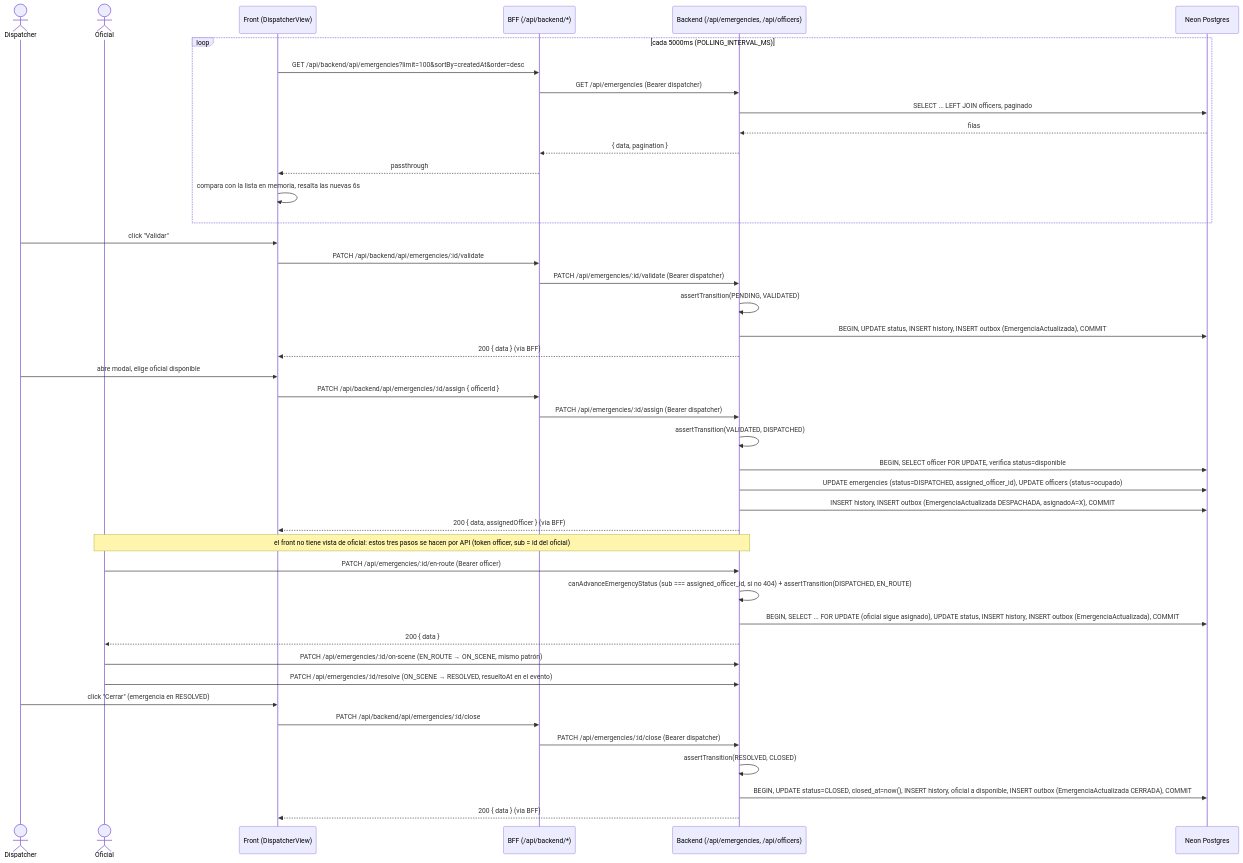
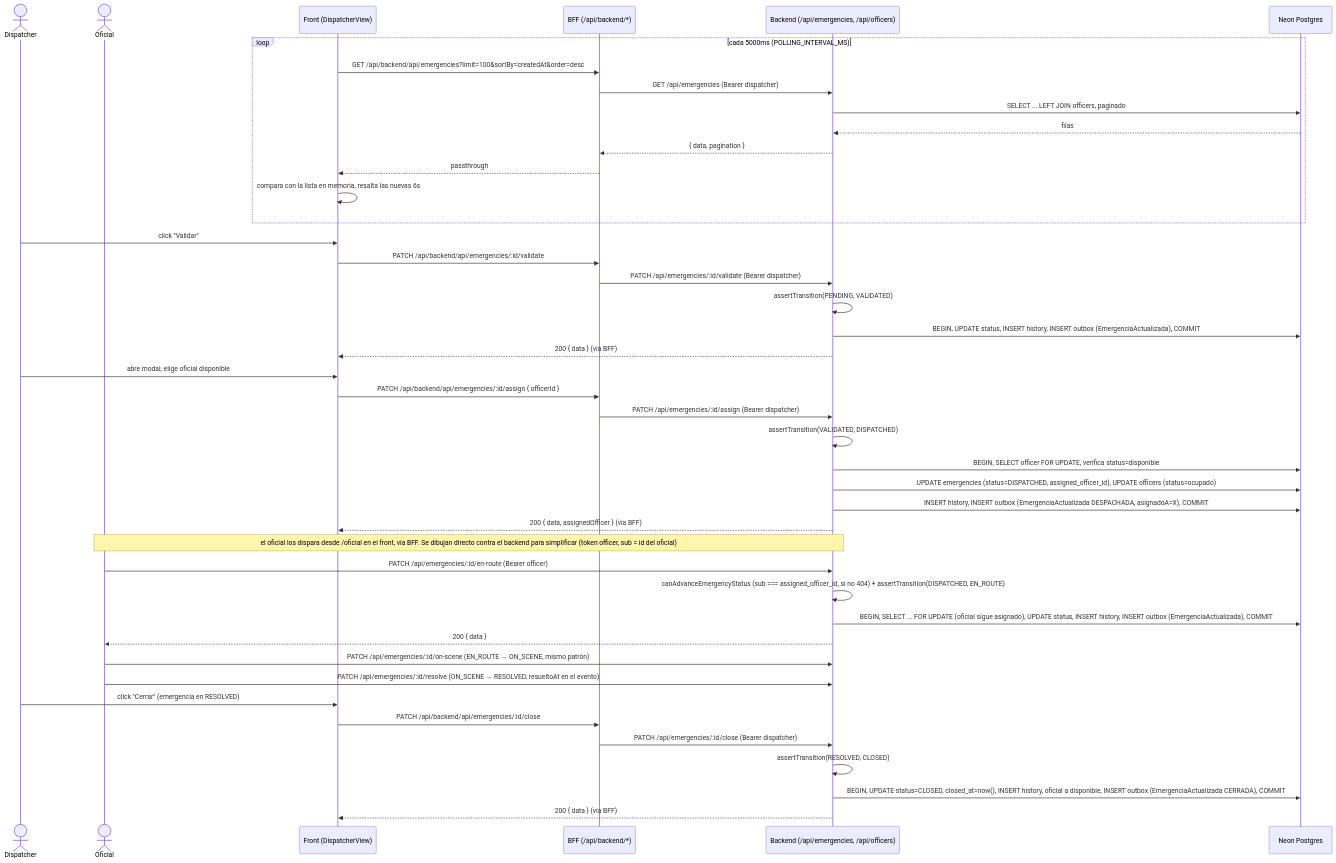
Before and after one commit to G6D2/emergencias-backend: the second of 5 diagrams in docs/diagramas/05-secuencias.md, drawn with Mermaid. The commit also changed other lines of this file and 4 other files, not shown here.

First line of the commit message:
docs: vista del oficial, disparador de Movilidad y flag del evento de vínculo

````diff
--- a/docs/diagramas/05-secuencias.md
+++ b/docs/diagramas/05-secuencias.md
@@ -48,50 +48,50 @@
 ```mermaid
 sequenceDiagram
     actor Dispatcher
     actor Oficial
     participant Front as Front (DispatcherView)
     participant BFF as BFF (/api/backend/*)
     participant Back as Backend (/api/emergencies, /api/officers)
     participant DB as Neon Postgres
 
     loop cada 5000ms (POLLING_INTERVAL_MS)
         Front->>BFF: GET /api/backend/api/emergencies?limit=100&sortBy=createdAt&order=desc
         BFF->>Back: GET /api/emergencies (Bearer dispatcher)
         Back->>DB: SELECT ... LEFT JOIN officers, paginado
         DB-->>Back: filas
         Back-->>BFF: { data, pagination }
         BFF-->>Front: passthrough
         Front->>Front: compara con la lista en memoria, resalta las nuevas 6s
     end
 
     Dispatcher->>Front: click "Validar"
     Front->>BFF: PATCH /api/backend/api/emergencies/:id/validate
     BFF->>Back: PATCH /api/emergencies/:id/validate (Bearer dispatcher)
     Back->>Back: assertTransition(PENDING, VALIDATED)
     Back->>DB: BEGIN, UPDATE status, INSERT history, INSERT outbox (EmergenciaActualizada), COMMIT
     Back-->>Front: 200 { data } (vía BFF)
 
     Dispatcher->>Front: abre modal, elige oficial disponible
     Front->>BFF: PATCH /api/backend/api/emergencies/:id/assign { officerId }
     BFF->>Back: PATCH /api/emergencies/:id/assign (Bearer dispatcher)
     Back->>Back: assertTransition(VALIDATED, DISPATCHED)
     Back->>DB: BEGIN, SELECT officer FOR UPDATE, verifica status=disponible
     Back->>DB: UPDATE emergencies (status=DISPATCHED, assigned_officer_id), UPDATE officers (status=ocupado)
     Back->>DB: INSERT history, INSERT outbox (EmergenciaActualizada DESPACHADA, asignadoA=X), COMMIT
     Back-->>Front: 200 { data, assignedOfficer } (vía BFF)
 
-    Note over Oficial,Back: el front no tiene vista de oficial: estos tres pasos se hacen por API (token officer, sub = id del oficial)
+    Note over Oficial,Back: el oficial los dispara desde /oficial en el front, vía BFF. Se dibujan directo contra el backend para simplificar (token officer, sub = id del oficial)
     Oficial->>Back: PATCH /api/emergencies/:id/en-route (Bearer officer)
     Back->>Back: canAdvanceEmergencyStatus (sub === assigned_officer_id, si no 404) + assertTransition(DISPATCHED, EN_ROUTE)
     Back->>DB: BEGIN, SELECT ... FOR UPDATE (oficial sigue asignado), UPDATE status, INSERT history, INSERT outbox (EmergenciaActualizada), COMMIT
     Back-->>Oficial: 200 { data }
     Oficial->>Back: PATCH /api/emergencies/:id/on-scene (EN_ROUTE → ON_SCENE, mismo patrón)
     Oficial->>Back: PATCH /api/emergencies/:id/resolve (ON_SCENE → RESOLVED, resueltoAt en el evento)
 
     Dispatcher->>Front: click "Cerrar" (emergencia en RESOLVED)
     Front->>BFF: PATCH /api/backend/api/emergencies/:id/close
     BFF->>Back: PATCH /api/emergencies/:id/close (Bearer dispatcher)
     Back->>Back: assertTransition(RESOLVED, CLOSED)
     Back->>DB: BEGIN, UPDATE status=CLOSED, closed_at=now(), INSERT history, oficial a disponible, INSERT outbox (EmergenciaActualizada CERRADA), COMMIT
     Back-->>Front: 200 { data } (vía BFF)
 ```
````
